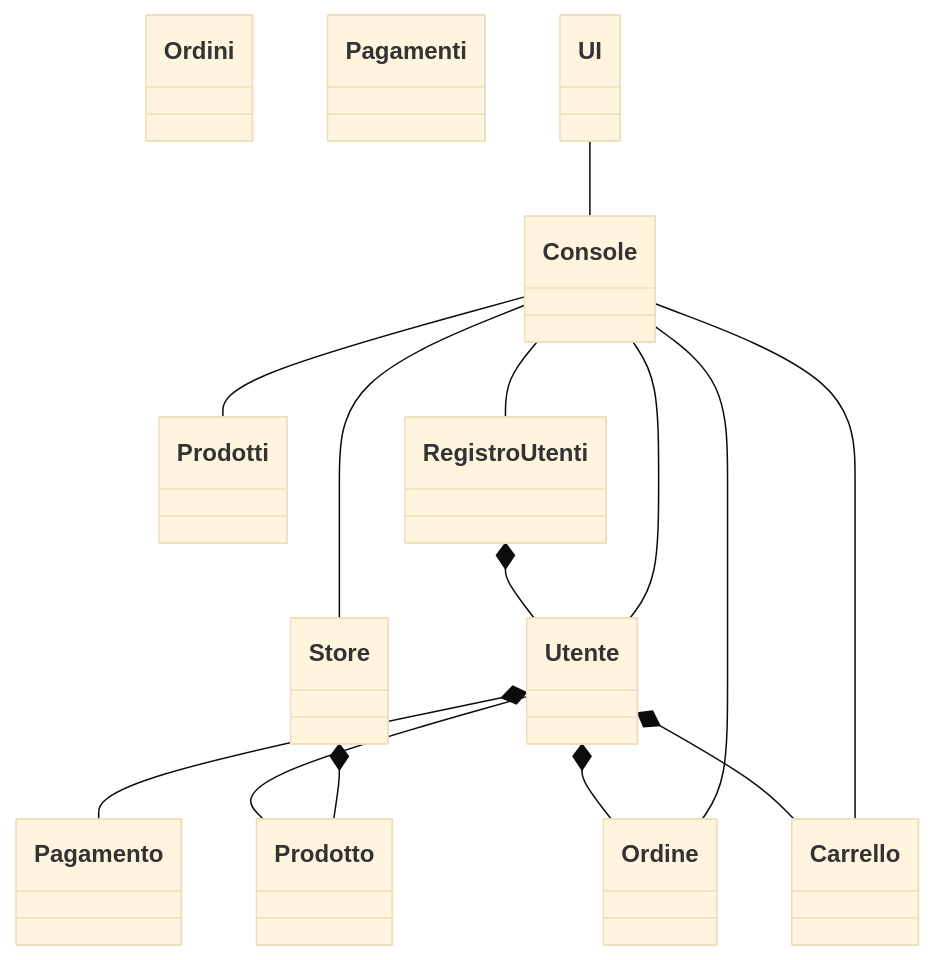
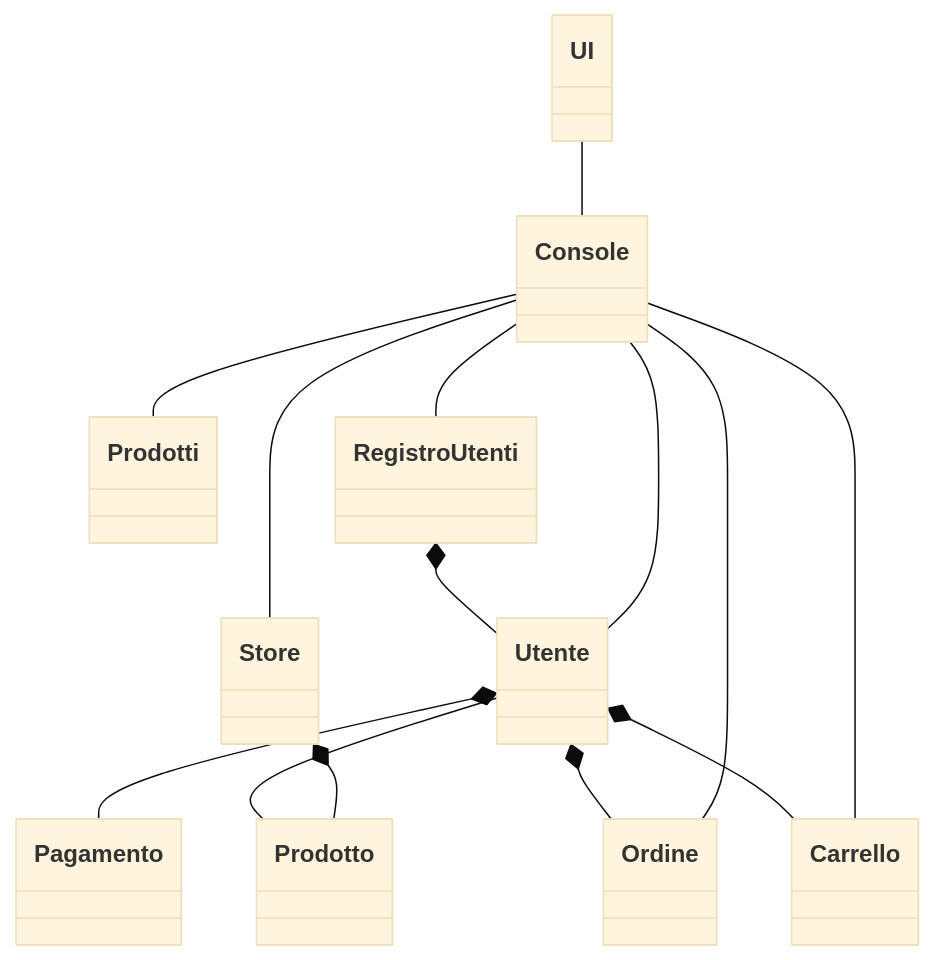
The diagram in Ingegneria del Software/Progetti/Esericitazioni/E-Commerce/diagrammaClassiConcettuale.mmd (pUchYllY/UNIBA), drawn with Mermaid (base theme) before and after one commit. The commit also changed 3 other files, not shown here.

Commit message:
Modificato i diagrammi di classe conettuale e a prospettiva software. Creato diagramma sequenziale.

```diff
--- a/Ingegneria del Software/Progetti/Esericitazioni/E-Commerce/diagrammaClassiConcettuale.mmd
+++ b/Ingegneria del Software/Progetti/Esericitazioni/E-Commerce/diagrammaClassiConcettuale.mmd
@@ -1,71 +1,71 @@
 classDiagram
 	class Prodotti
 		codice
 		nome
 		marca
 		categoria
 		disponibile
 		numDisponibili
 		offerta
 		tassoOfferta
 		costo
 
 	class Carrello
 		listaProdotti
 
-	class Ordini
+	class Ordine
 		codice
-		pagamentoMetodoConfermato
+		metodo
 		destinazioneSpedizione
 		dataAcquisto
 		dataConsegna
 		carrelloConfermato
 		stato
 
-	class Pagamenti
+	class Pagamento
 		metodo
 		nomeCarta
 		statoPagamento
 
 	class Utente
 		nominativo
 		codice
 		luogoResidenza
 		listaOrdini
 		preferenzaRitiro
 		metodoPagamento
 		business
 
 	class Store
 		catalogo
 
 	class RegistroUtenti
 		listaUtenti
 
 	class Console
 		store
 		regUt
 
 		utLog
 		ord
 		carr
 
 	class UI
 		console
 
 	UI -- Console
 
 	Console -- RegistroUtenti
 	Console -- Store
 	Console -- Prodotti
 	Console -- Ordine
 	Console -- Carrello
 	Console -- Utente
 
 	Store *-- Prodotto
 
 	RegistroUtenti *-- Utente
 	Utente *-- Pagamento
 	Utente *-- Ordine
 	Utente *-- Carrello
 	Utente -- Prodotto
```
